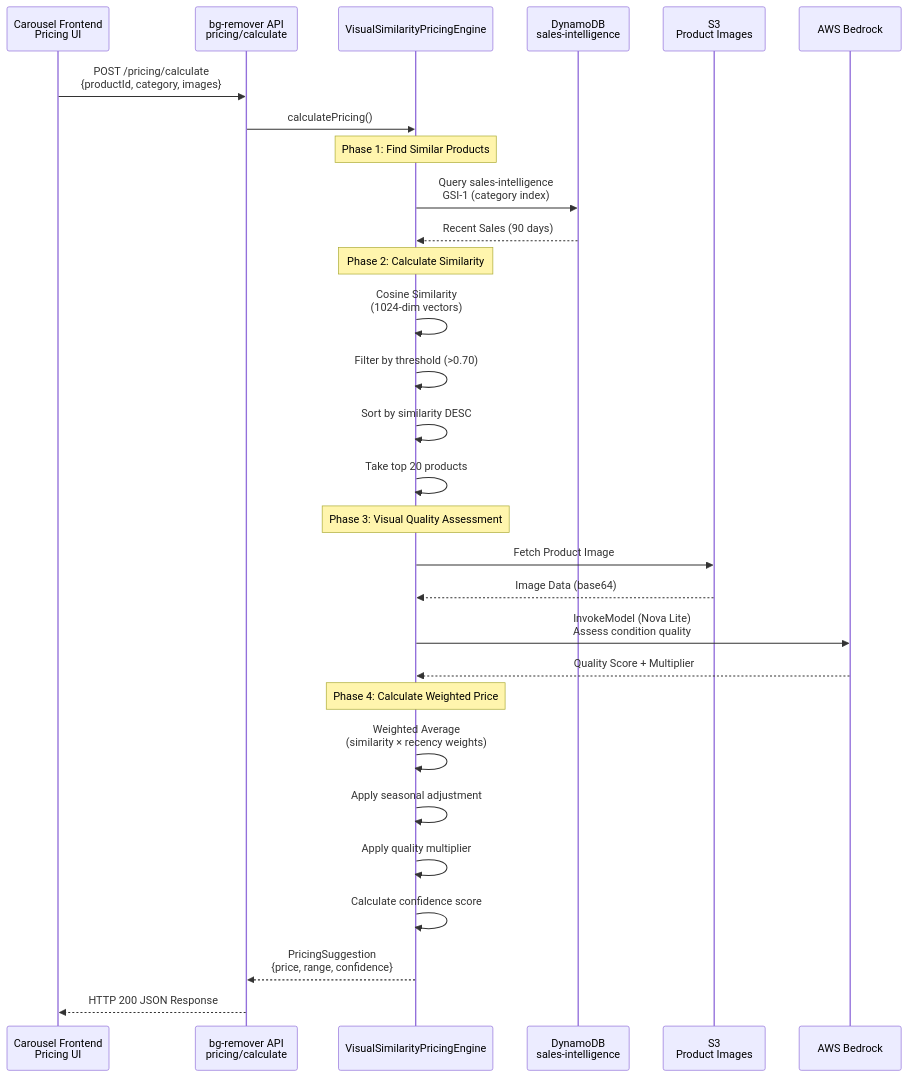
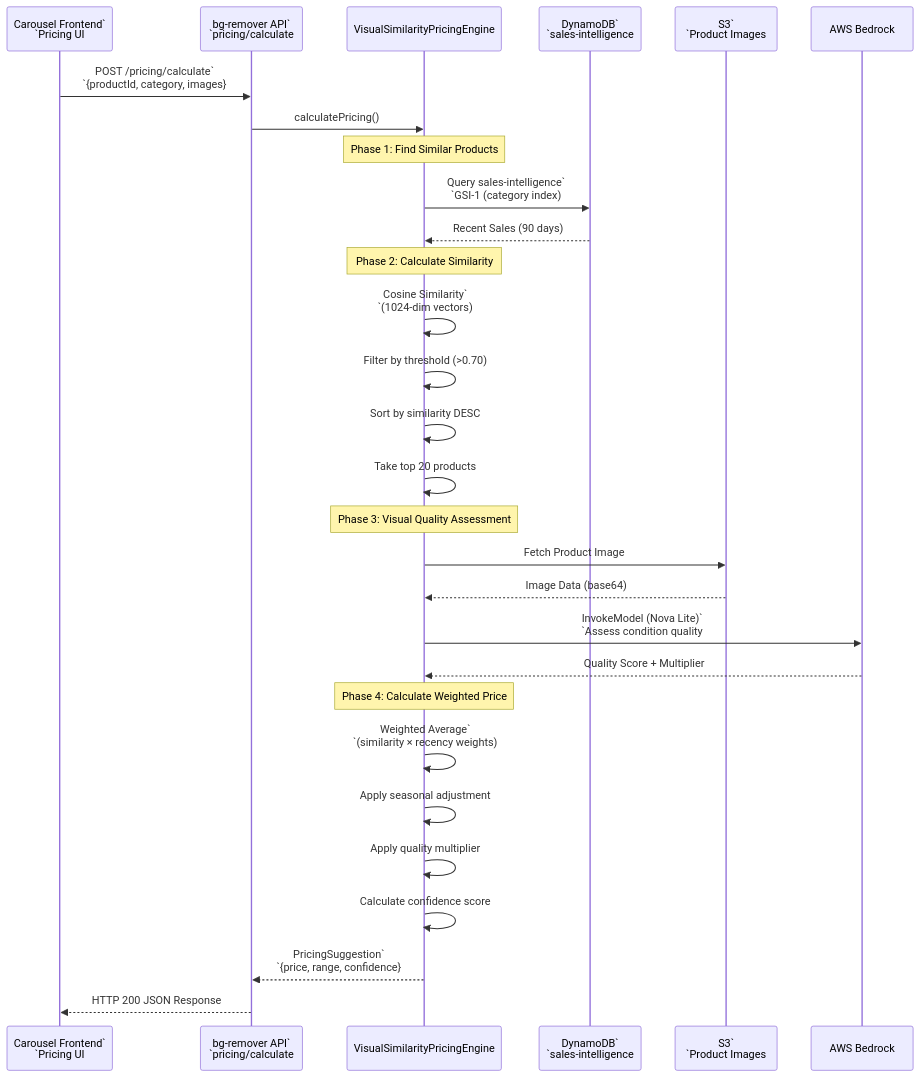
The fourth of 4 diagrams in SYSTEM_ARCHITECTURE.md (hringekjan/bg-remover), drawn with Mermaid before and after one commit. The commit also changed other lines of this file and 207 other files, not shown here.

First line of the commit message:
wip(product-identity): preserve in-flight bg-remover task work

````diff
--- a/SYSTEM_ARCHITECTURE.md
+++ b/SYSTEM_ARCHITECTURE.md
@@ -115,37 +115,37 @@
 ```mermaid
 sequenceDiagram
-    participant Frontend as Carousel Frontend<br/>Pricing UI
-    participant API as bg-remover API<br/>pricing/calculate
+    participant Frontend as Carousel Frontend`<br/>`Pricing UI
+    participant API as bg-remover API`<br/>`pricing/calculate
     participant Engine as VisualSimilarityPricingEngine
-    participant DDB as DynamoDB<br/>sales-intelligence
-    participant S3 as S3<br/>Product Images
+    participant DDB as DynamoDB`<br/>`sales-intelligence
+    participant S3 as S3`<br/>`Product Images
     participant Bedrock as AWS Bedrock
 
-    Frontend->>API: POST /pricing/calculate<br/>{productId, category, images}
+    Frontend->>API: POST /pricing/calculate`<br/>`{productId, category, images}
     API->>Engine: calculatePricing()
 
     Note over Engine: Phase 1: Find Similar Products
-    Engine->>DDB: Query sales-intelligence<br/>GSI-1 (category index)
+    Engine->>DDB: Query sales-intelligence`<br/>`GSI-1 (category index)
     DDB-->>Engine: Recent Sales (90 days)
 
     Note over Engine: Phase 2: Calculate Similarity
-    Engine->>Engine: Cosine Similarity<br/>(1024-dim vectors)
+    Engine->>Engine: Cosine Similarity`<br/>`(1024-dim vectors)
     Engine->>Engine: Filter by threshold (>0.70)
     Engine->>Engine: Sort by similarity DESC
     Engine->>Engine: Take top 20 products
 
     Note over Engine: Phase 3: Visual Quality Assessment
     Engine->>S3: Fetch Product Image
     S3-->>Engine: Image Data (base64)
-    Engine->>Bedrock: InvokeModel (Nova Lite)<br/>Assess condition quality
+    Engine->>Bedrock: InvokeModel (Nova Lite)`<br/>`Assess condition quality
     Bedrock-->>Engine: Quality Score + Multiplier
 
     Note over Engine: Phase 4: Calculate Weighted Price
-    Engine->>Engine: Weighted Average<br/>(similarity × recency weights)
+    Engine->>Engine: Weighted Average`<br/>`(similarity × recency weights)
     Engine->>Engine: Apply seasonal adjustment
     Engine->>Engine: Apply quality multiplier
     Engine->>Engine: Calculate confidence score
 
-    Engine-->>API: PricingSuggestion<br/>{price, range, confidence}
+    Engine-->>API: PricingSuggestion`<br/>`{price, range, confidence}
     API-->>Frontend: HTTP 200 JSON Response
 ```
````
